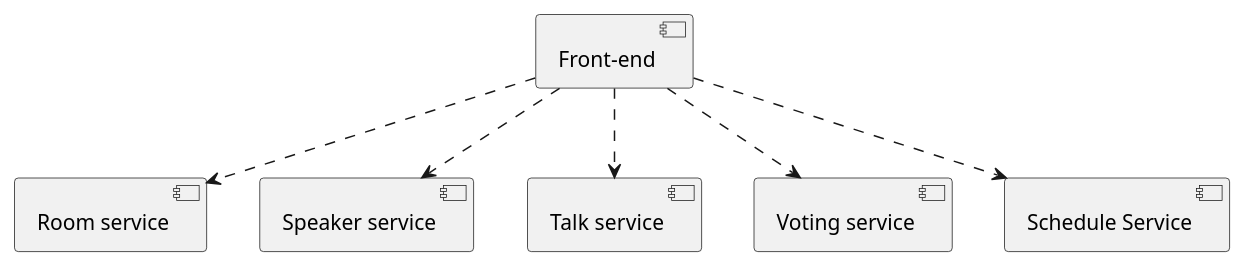
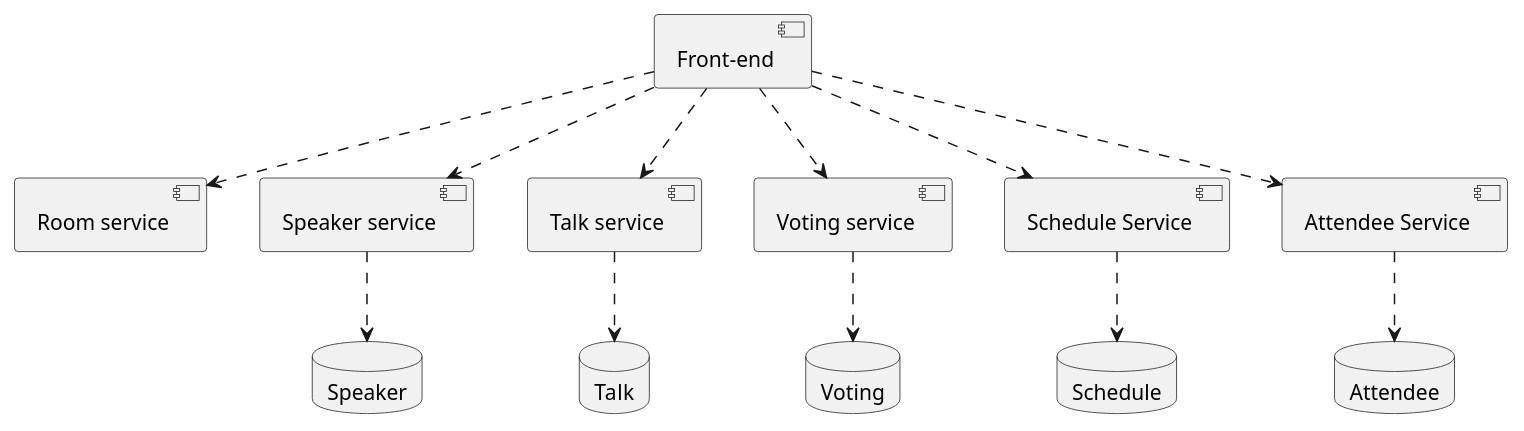
One commit to agoncal/agoncal-application-conference changed the diagram in docs/src/main/plantuml/architecture.puml. Above: the diagram before and after it, drawn with PlantUML.

Commit message:
Updating schema

```diff
--- a/docs/src/main/plantuml/architecture.puml
+++ b/docs/src/main/plantuml/architecture.puml
@@ -1,16 +1,31 @@
 @startuml
 
 node [Room service] as sroom
 node [Speaker service] as sspeaker
 node [Talk service] as stalk
 node [Voting service] as svoting
 node [Schedule Service] as sschedule
+node [Attendee Service] as sattendee
 node [Front-end] as frontend
 
+database Speaker as dbspeaker
+database Talk as dbtalk
+database Voting as dbvoting
+database Schedule as dbschedule
+database Attendee as dbattendee
+
 frontend ..> sroom
-[frontend] ..> sspeaker
-[frontend] ..> stalk
-[frontend] ..> sschedule
-[frontend] ..> svoting
+frontend ..> sspeaker
+frontend ..> stalk
+frontend ..> sschedule
+frontend ..> svoting
+frontend ..> sattendee
+
+sspeaker ..> dbspeaker
+stalk ..> dbtalk
+sschedule ..> dbschedule
+svoting ..> dbvoting
+sattendee ..> dbattendee
+
 
 @enduml
```
